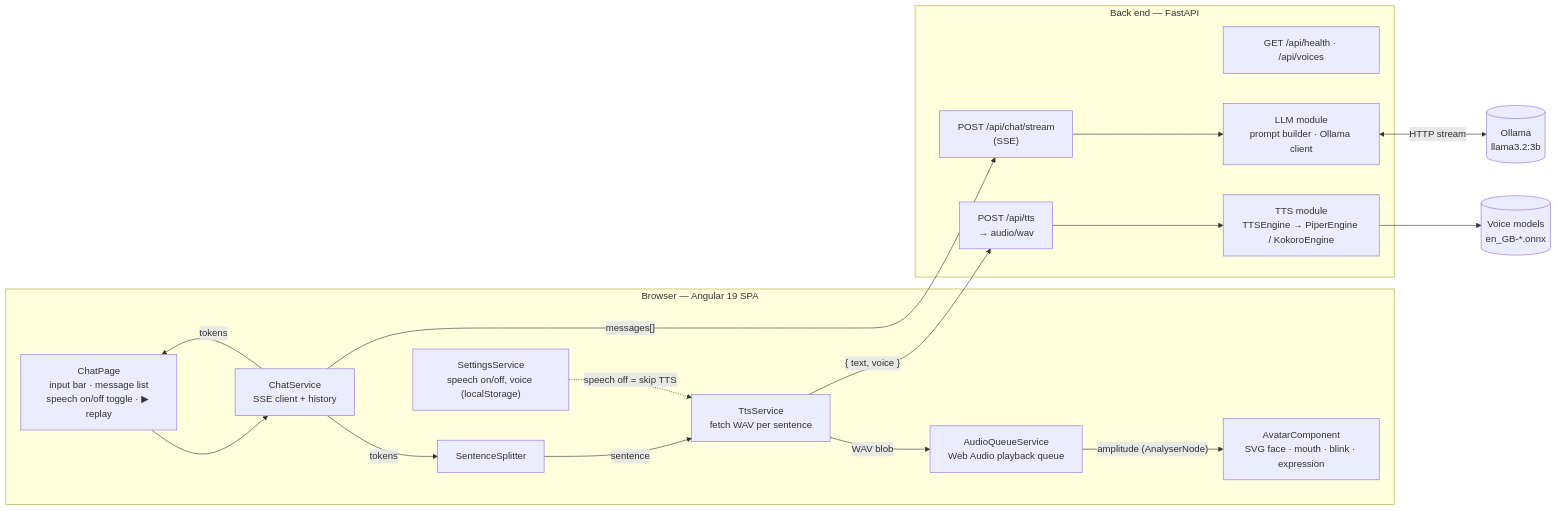
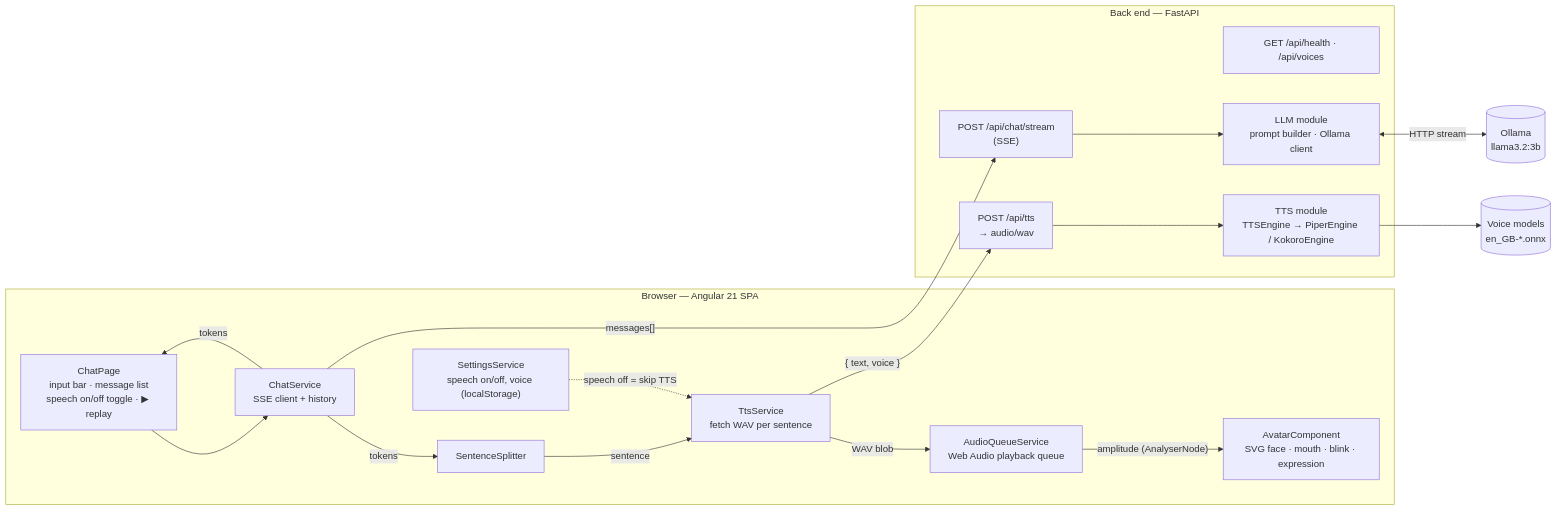
One commit to ShivaTeja05/Local-LLM-Based-Text-to-Speech-Application changed the first of 10 diagrams in docs/ARCHITECTURE.md. Above: the diagram before and after it, drawn with Mermaid. The commit also changed other lines of this file and 50 other files, not shown here.

````diff
--- a/docs/ARCHITECTURE.md
+++ b/docs/ARCHITECTURE.md
@@ -48,34 +48,34 @@
 ```mermaid
 flowchart LR
-  subgraph Browser["Browser — Angular 19 SPA"]
+  subgraph Browser["Browser — Angular 21 SPA"]
     UI["ChatPage<br/>input bar · message list<br/>speech on/off toggle · ▶ replay"]
     CS["ChatService<br/>SSE client + history"]
     SS["SentenceSplitter"]
     TS["TtsService<br/>fetch WAV per sentence"]
     AQ["AudioQueueService<br/>Web Audio playback queue"]
     AV["AvatarComponent<br/>SVG face · mouth · blink · expression"]
     ST["SettingsService<br/>speech on/off, voice (localStorage)"]
     UI --> CS
     CS -- tokens --> UI
     CS -- tokens --> SS
     SS -- sentence --> TS
     TS -- WAV blob --> AQ
     AQ -- amplitude (AnalyserNode) --> AV
     ST -. speech off = skip TTS .-> TS
   end
 
   subgraph Server["Back end — FastAPI"]
     R1["POST /api/chat/stream<br/>(SSE)"]
     R2["POST /api/tts<br/>→ audio/wav"]
     R3["GET /api/health · /api/voices"]
     LLM["LLM module<br/>prompt builder · Ollama client"]
     TTS["TTS module<br/>TTSEngine → PiperEngine / KokoroEngine"]
     R1 --> LLM
     R2 --> TTS
   end
 
   CS -- "messages[]" --> R1
   TS -- "{ text, voice }" --> R2
   LLM <-- "HTTP stream" --> OL[("Ollama<br/>llama3.2:3b")]
   TTS --> VO[("Voice models<br/>en_GB-*.onnx")]
 ```
````
